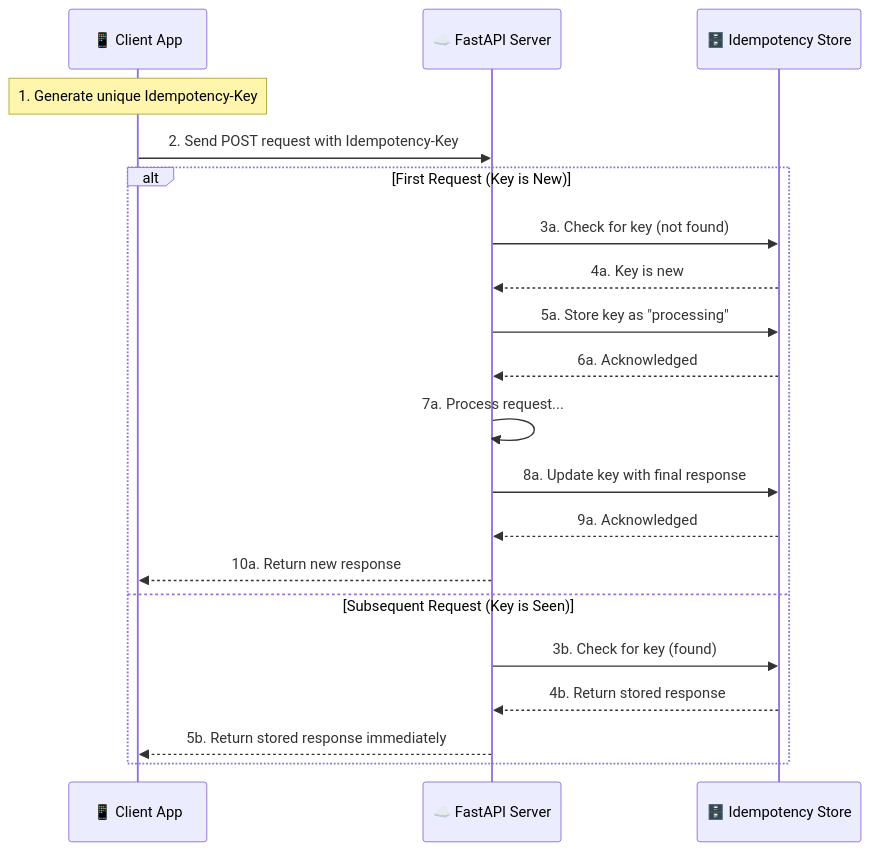
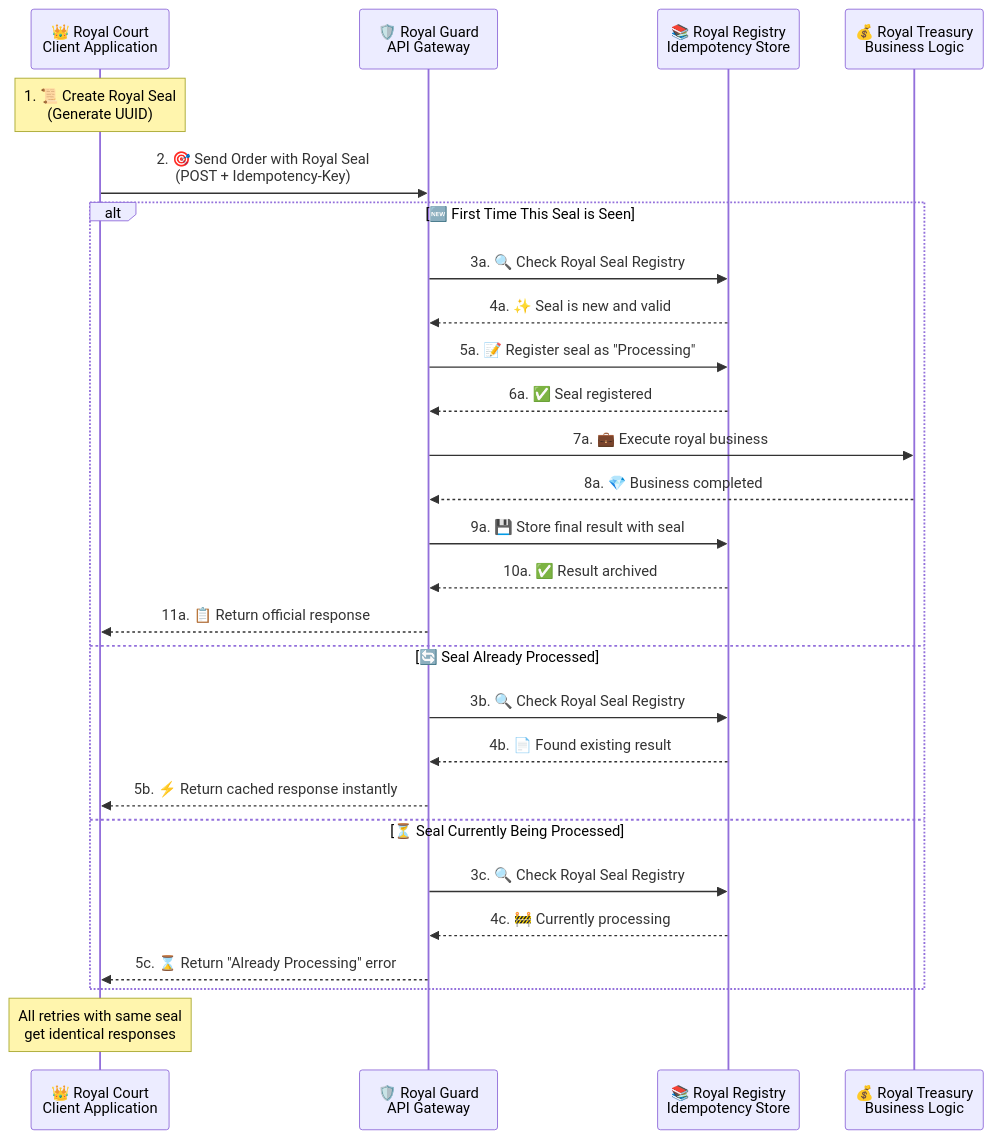
One commit to ridwanspace/restful-fastapi-guideline changed the second of 3 diagrams in app/docs/04_advanced/05-advanced-idempotency-patterns/page.mdx. Above: the diagram before and after it, drawn with Mermaid. The commit also changed other lines of this file and 2 other files, not shown here.

````diff
--- a/app/docs/04_advanced/05-advanced-idempotency-patterns/page.mdx
+++ b/app/docs/04_advanced/05-advanced-idempotency-patterns/page.mdx
@@ -33,24 +97,32 @@
 ```mermaid
 sequenceDiagram
-    participant Client as 📱 Client App
-    participant Server as ☁️ FastAPI Server
-    participant Store as 🗄️ Idempotency Store
+    participant Court as 👑 Royal Court<br/>Client Application
+    participant Guard as 🛡️ Royal Guard<br/>API Gateway
+    participant Registry as 📚 Royal Registry<br/>Idempotency Store
+    participant Treasury as 💰 Royal Treasury<br/>Business Logic
 
-    note over Client: 1. Generate unique Idempotency-Key
-    Client->>Server: 2. Send POST request with Idempotency-Key
+    note over Court: 1. 📜 Create Royal Seal<br/>(Generate UUID)
+    Court->>Guard: 2. 🎯 Send Order with Royal Seal<br/>(POST + Idempotency-Key)
 
-    alt First Request (Key is New)
-        Server->>Store: 3a. Check for key (not found)
-        Store-->>Server: 4a. Key is new
-        Server->>Store: 5a. Store key as "processing"
-        Store-->>Server: 6a. Acknowledged
-        Server->>Server: 7a. Process request...
-        Server->>Store: 8a. Update key with final response
-        Store-->>Server: 9a. Acknowledged
-        Server-->>Client: 10a. Return new response
-    else Subsequent Request (Key is Seen)
-        Server->>Store: 3b. Check for key (found)
-        Store-->>Server: 4b. Return stored response
-        Server-->>Client: 5b. Return stored response immediately
+    alt 🆕 First Time This Seal is Seen
+        Guard->>Registry: 3a. 🔍 Check Royal Seal Registry
+        Registry-->>Guard: 4a. ✨ Seal is new and valid
+        Guard->>Registry: 5a. 📝 Register seal as "Processing"
+        Registry-->>Guard: 6a. ✅ Seal registered
+        Guard->>Treasury: 7a. 💼 Execute royal business
+        Treasury-->>Guard: 8a. 💎 Business completed
+        Guard->>Registry: 9a. 💾 Store final result with seal
+        Registry-->>Guard: 10a. ✅ Result archived
+        Guard-->>Court: 11a. 📋 Return official response
+    else 🔄 Seal Already Processed
+        Guard->>Registry: 3b. 🔍 Check Royal Seal Registry
+        Registry-->>Guard: 4b. 📄 Found existing result
+        Guard-->>Court: 5b. ⚡ Return cached response instantly
+    else ⏳ Seal Currently Being Processed
+        Guard->>Registry: 3c. 🔍 Check Royal Seal Registry
+        Registry-->>Guard: 4c. 🚧 Currently processing
+        Guard-->>Court: 5c. ⌛ Return "Already Processing" error
     end
+
+    note over Court: All retries with same seal<br/>get identical responses
 ```
````
